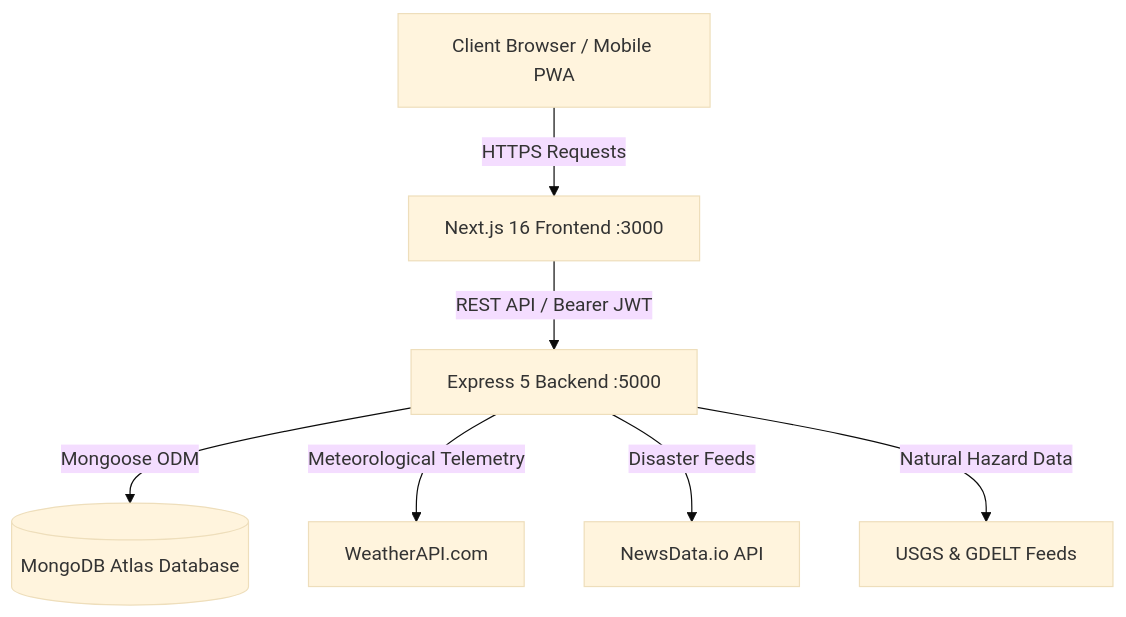
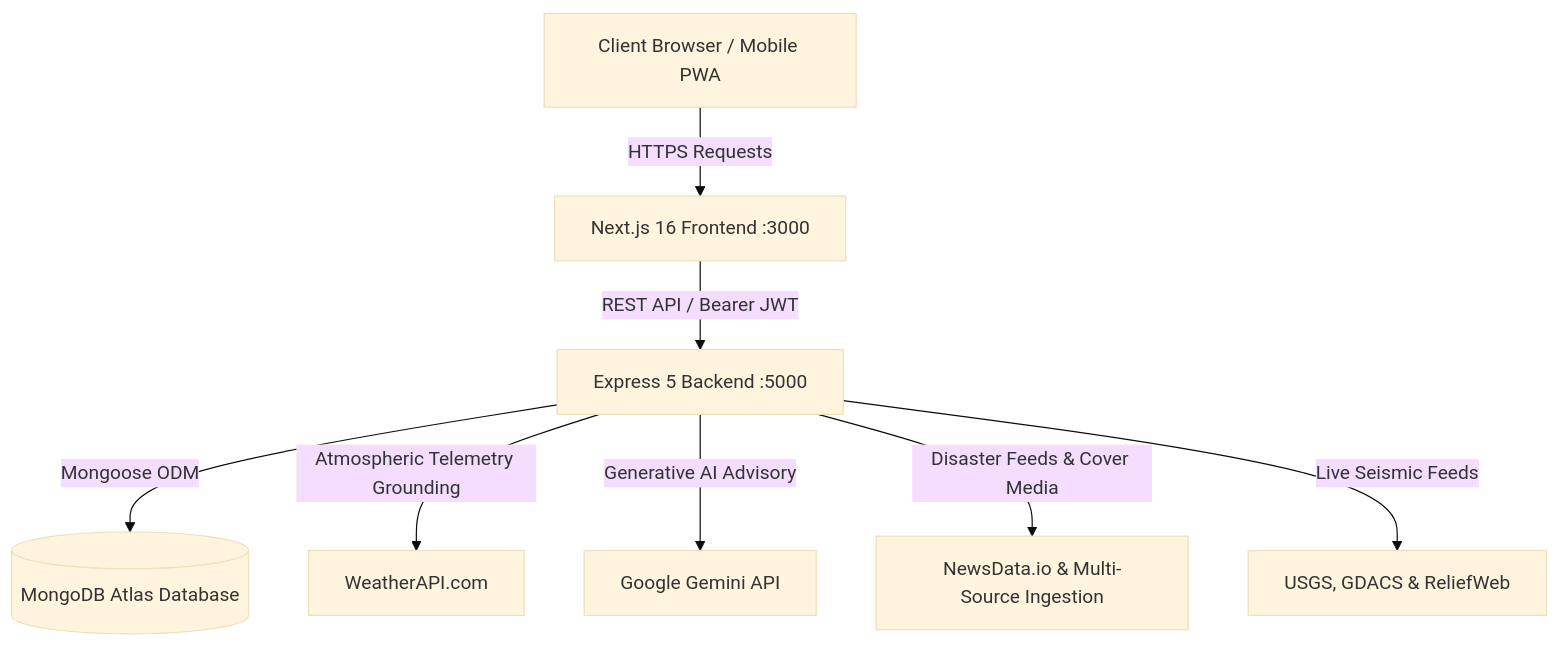
The diagram in README.md (likithsurya23/Weather-AI), drawn with Mermaid (base theme) before and after one commit. The commit also changed other lines of this file, not shown here.

````diff
--- a/README.md
+++ b/README.md
@@ -81,9 +93,10 @@
 ```mermaid
 graph TD
     A[Client Browser / Mobile PWA] -->|HTTPS Requests| B[Next.js 16 Frontend :3000]
     B -->|REST API / Bearer JWT| C[Express 5 Backend :5000]
     C -->|Mongoose ODM| D[(MongoDB Atlas Database)]
-    C -->|Meteorological Telemetry| E[WeatherAPI.com]
-    C -->|Disaster Feeds| F[NewsData.io API]
-    C -->|Natural Hazard Data| G[USGS & GDELT Feeds]
+    C -->|Atmospheric Telemetry Grounding| E[WeatherAPI.com]
+    C -->|Generative AI Advisory| H[Google Gemini API]
+    C -->|Disaster Feeds & Cover Media| F[NewsData.io & Multi-Source Ingestion]
+    C -->|Live Seismic Feeds| G[USGS, GDACS & ReliefWeb]
 ```
````
